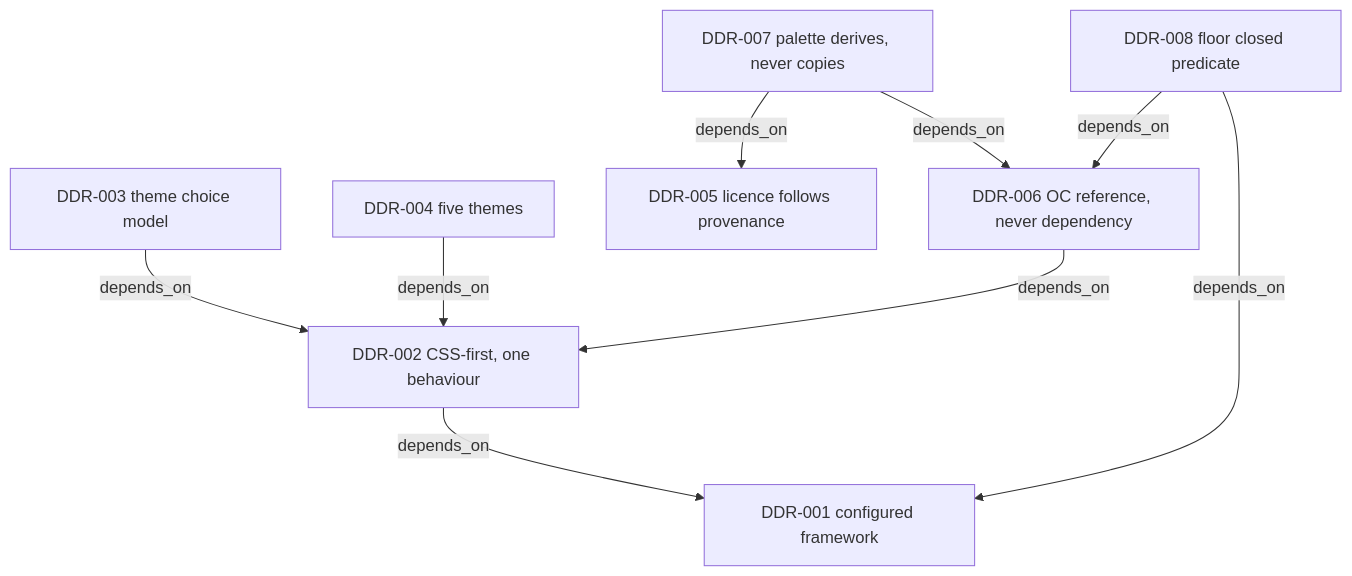
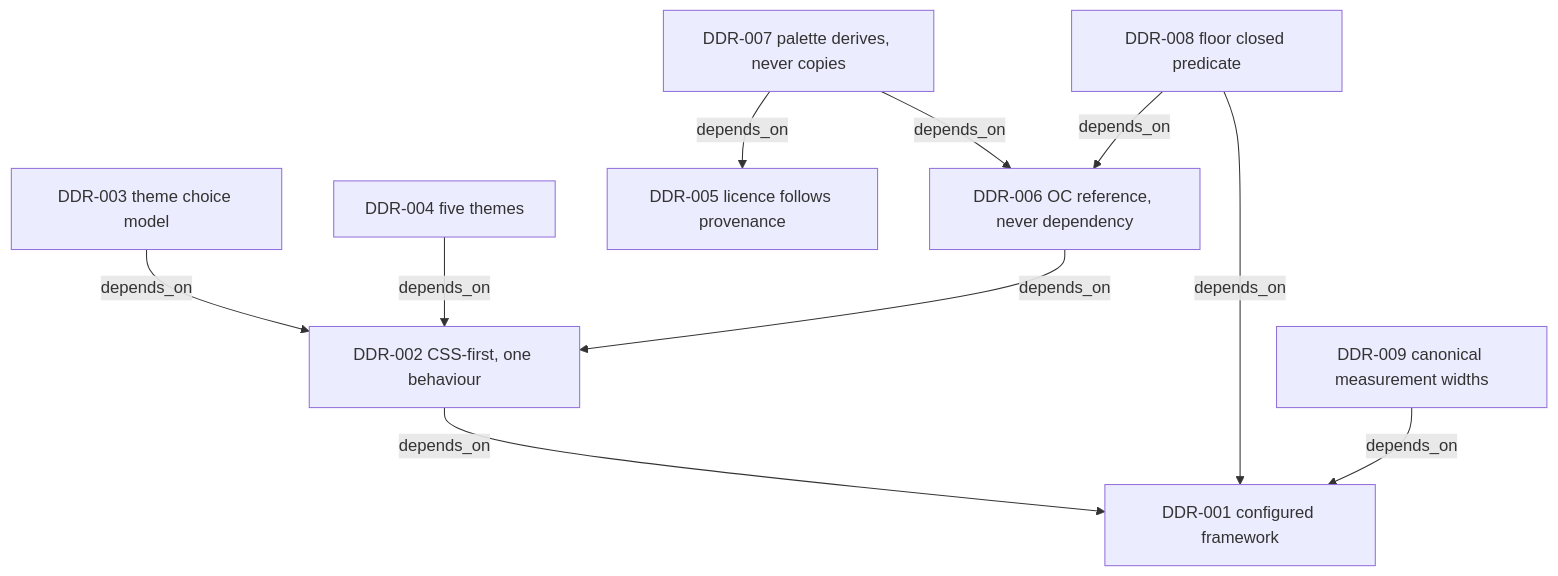
Before and after one commit to EngraphCode/oak-open-curriculum-ecosystem: the diagram in docs/design/README.md, drawn with Mermaid. The commit also changed other lines of this file and 2 other files, not shown here.

Commit message:
docs(design): record the canonical measurement widths as DDR-009
Elevates the canonical measurement-width set to a Design Decision Record
at the owner's word. The DDR governs the discipline — widths are derived
from the kit's seams, the WCAG reflow floor, the device landscape, and
the reference canvas, and amendment is by named failure class — while
the tracked module owns the values, so a new kit seam changes the module
without reopening the decision. Index and edge graph updated; module
docblock cross-links the record.

Claude-Session: https://claude.ai/code/session_01V5A1LFRe8run6FKtJ2Yh8B

````diff
--- a/docs/design/README.md
+++ b/docs/design/README.md
@@ -111,19 +112,21 @@
 ```mermaid
 graph TD
   DDR001["DDR-001 configured framework"]
   DDR002["DDR-002 CSS-first, one behaviour"]
   DDR003["DDR-003 theme choice model"]
   DDR004["DDR-004 five themes"]
   DDR005["DDR-005 licence follows provenance"]
   DDR006["DDR-006 OC reference, never dependency"]
   DDR007["DDR-007 palette derives, never copies"]
   DDR008["DDR-008 floor closed predicate"]
+  DDR009["DDR-009 canonical measurement widths"]
   DDR002 -->|depends_on| DDR001
   DDR003 -->|depends_on| DDR002
   DDR004 -->|depends_on| DDR002
   DDR006 -->|depends_on| DDR002
   DDR007 -->|depends_on| DDR005
   DDR007 -->|depends_on| DDR006
   DDR008 -->|depends_on| DDR001
   DDR008 -->|depends_on| DDR006
+  DDR009 -->|depends_on| DDR001
 ```
````
